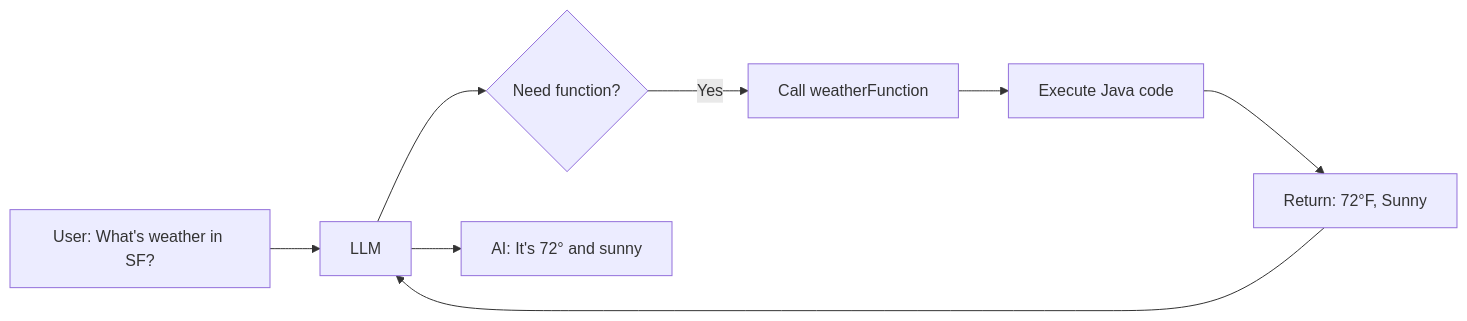
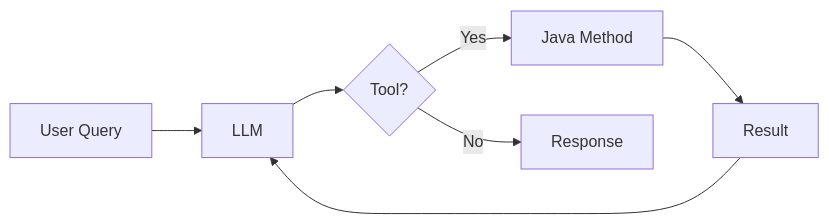
One commit to kousen/cursor-java-training changed the second of 3 diagrams in session5-agents/slides.md. Above: the diagram before and after it, drawn with Mermaid. The commit also changed other lines of this file, not shown here.

````diff
--- a/session5-agents/slides.md
+++ b/session5-agents/slides.md
@@ -686,10 +672,9 @@
-```mermaid {scale: 0.8}
+```mermaid {scale: 1.0}
 graph LR
-    A[User: What's weather in SF?] --> B[LLM]
-    B --> C{Need function?}
-    C -->|Yes| D[Call weatherFunction]
-    D --> E[Execute Java code]
-    E --> F[Return: 72°F, Sunny]
-    F --> B
-    B --> G[AI: It's 72° and sunny]
+    A[User Query] --> B[LLM]
+    B --> C{Tool?}
+    C -->|Yes| D[Java Method]
+    D --> E[Result]
+    E --> B
+    C -->|No| F[Response]
 ```
````
